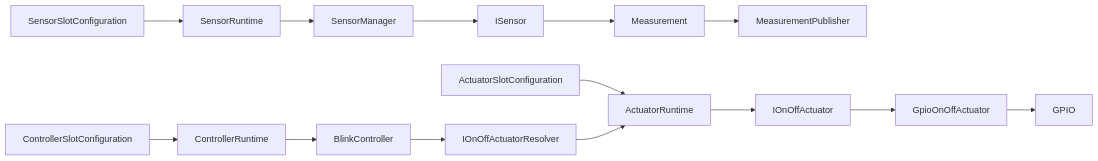
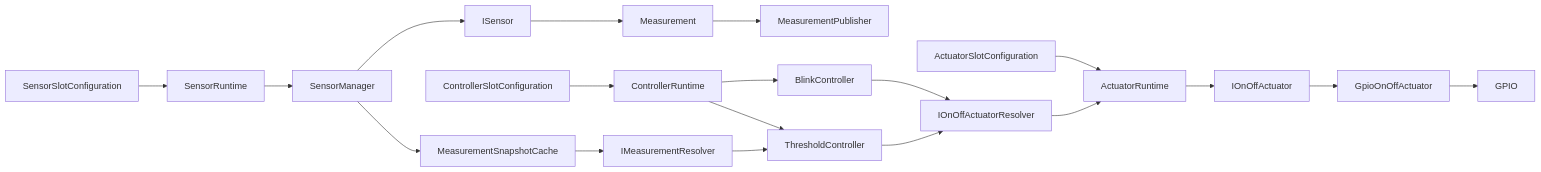
Before and after one commit to magicamun/EnvNode: the diagram in docs/TechnicalArchitecture.md, drawn with Mermaid. The commit also changed other lines of this file and 10 other files, not shown here.

````diff
--- a/docs/TechnicalArchitecture.md
+++ b/docs/TechnicalArchitecture.md
@@ -197,18 +197,23 @@
 ```mermaid
 flowchart LR
     SC[SensorSlotConfiguration] --> SR[SensorRuntime]
     SR --> SM[SensorManager]
     SM --> IS[ISensor]
     IS --> M[Measurement]
     M --> MP[MeasurementPublisher]
 
     AC[ActuatorSlotConfiguration] --> AR[ActuatorRuntime]
     AR --> IO[IOnOffActuator]
     IO --> GA[GpioOnOffActuator]
     GA --> GPIO[GPIO]
 
     CC[ControllerSlotConfiguration] --> CR[ControllerRuntime]
     CR --> BC[BlinkController]
+    CR --> TC[ThresholdController]
+    SM --> MSC[MeasurementSnapshotCache]
+    MSC --> MR[IMeasurementResolver]
+    MR --> TC
     BC --> RES[IOnOffActuatorResolver]
+    TC --> RES
     RES --> AR
 ```
````
